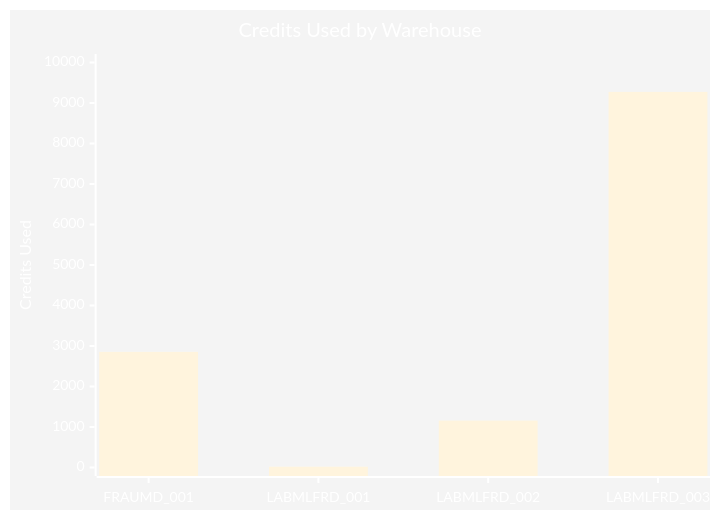
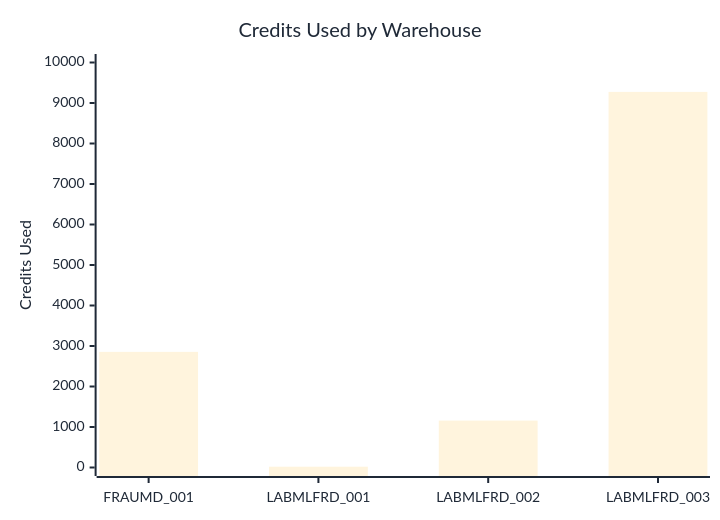
One commit to sfc-gh-mhindi/REPO_CBA changed the third of 9 diagrams in WH Analysis/FRAUMD_Warehouse_Analysis_Guide.md. Above: the diagram before and after it, drawn with Mermaid. The commit also changed other lines of this file, not shown here.

First line of the commit message:
Improved chart colors for better white background readability

````diff
--- a/WH Analysis/FRAUMD_Warehouse_Analysis_Guide.md
+++ b/WH Analysis/FRAUMD_Warehouse_Analysis_Guide.md
@@ -116,8 +116,8 @@
 ```mermaid
-%%{init: {'theme':'base', 'themeVariables': { 'primaryColor': '#ff6b6b', 'primaryTextColor': '#fff', 'primaryBorderColor': '#7C0000', 'lineColor': '#F8B229', 'secondaryColor': '#006100', 'tertiaryColor': '#fff'}}}%%
+%%{init: {'theme':'base', 'themeVariables': { 'primaryColor': '#dc2626', 'primaryTextColor': '#1f2937', 'primaryBorderColor': '#b91c1c', 'lineColor': '#374151', 'secondaryColor': '#16a34a', 'tertiaryColor': '#fef2f2', 'background': '#ffffff', 'fontFamily': 'Arial'}}}%%
 xychart-beta
     title "Credits Used by Warehouse"
     x-axis [FRAUMD_001, LABMLFRD_001, LABMLFRD_002, LABMLFRD_003]
     y-axis "Credits Used" 0 --> 10000
     bar [2855, 20, 1158, 9274]
 ```
````
